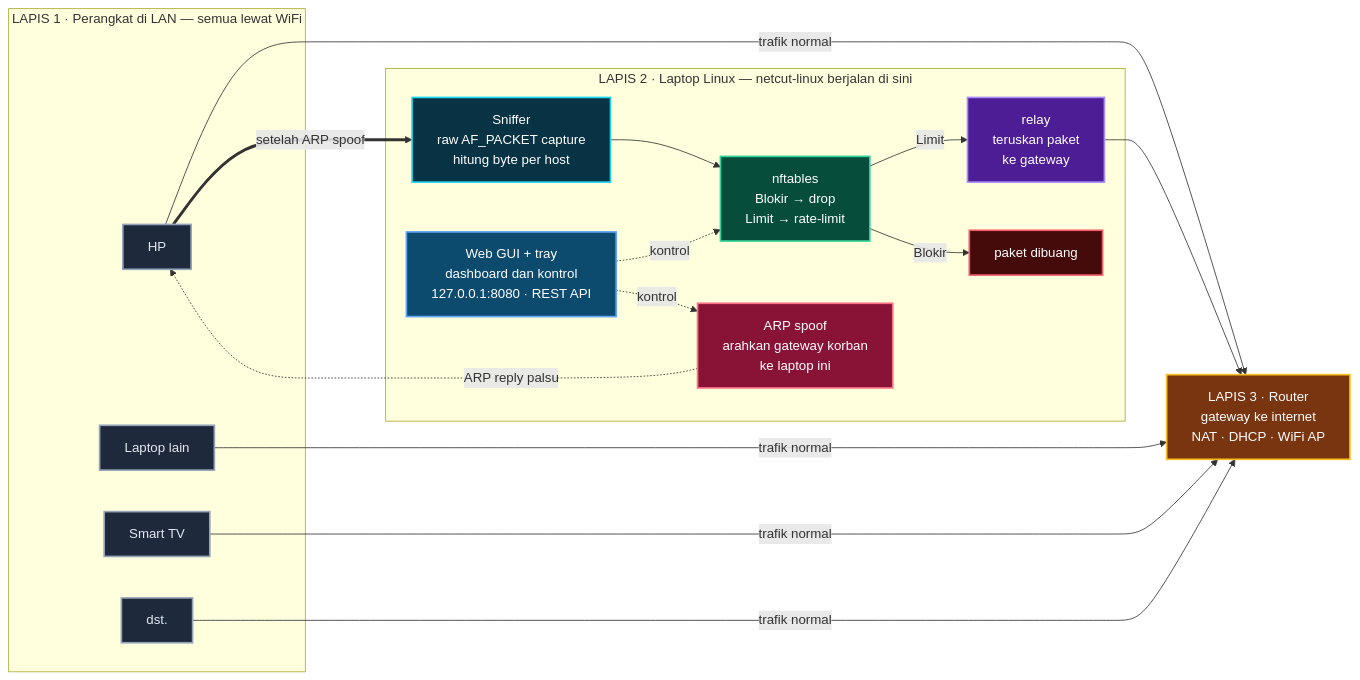
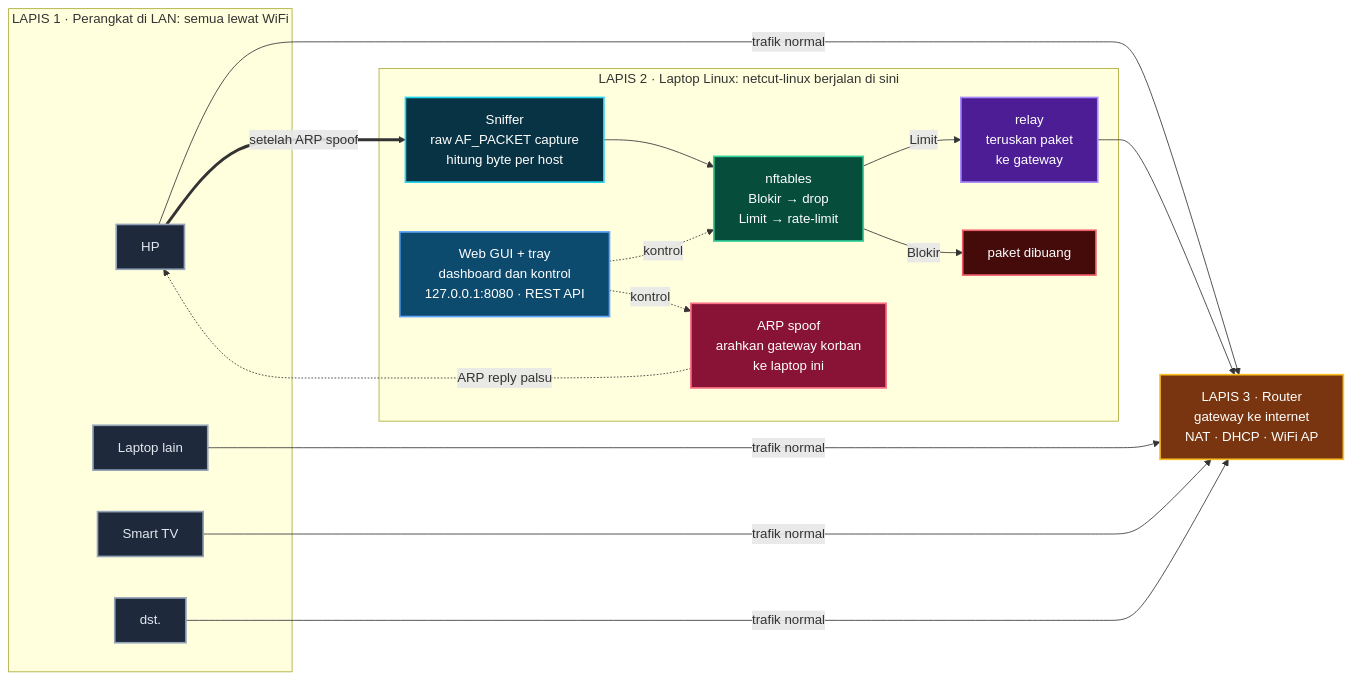
Before and after one commit to Aryoksss/netcut-linux: the diagram in README.id.md, drawn with Mermaid. The commit also changed other lines of this file and 12 other files, not shown here.

````diff
--- a/README.id.md
+++ b/README.id.md
@@ -323,56 +323,56 @@
 ```mermaid
 flowchart LR
-    subgraph LAN["LAPIS 1 · Perangkat di LAN — semua lewat WiFi"]
+    subgraph LAN["LAPIS 1 · Perangkat di LAN: semua lewat WiFi"]
         HP["HP"]
         LAP["Laptop lain"]
         TV["Smart TV"]
         DST["dst."]
     end
 
-    subgraph BOX["LAPIS 2 · Laptop Linux — netcut-linux berjalan di sini"]
+    subgraph BOX["LAPIS 2 · Laptop Linux: netcut-linux berjalan di sini"]
         SPOOF["ARP spoof<br/>arahkan gateway korban<br/>ke laptop ini"]
         SNIF["Sniffer<br/>raw AF_PACKET capture<br/>hitung byte per host"]
         NFT["nftables<br/>Blokir → drop<br/>Limit → rate-limit"]
         RELAY["relay<br/>teruskan paket<br/>ke gateway"]
         GUI["Web GUI + tray<br/>dashboard dan kontrol<br/>127.0.0.1:8080 · REST API"]
         DROP["paket dibuang"]
     end
 
     RTR["LAPIS 3 · Router<br/>gateway ke internet<br/>NAT · DHCP · WiFi AP"]
 
     LAN ~~~ BOX
     BOX ~~~ RTR
 
     HP -->|"trafik normal"| RTR
     LAP -->|"trafik normal"| RTR
     TV -->|"trafik normal"| RTR
     DST -->|"trafik normal"| RTR
 
     SPOOF -.->|"ARP reply palsu"| HP
     HP ==>|"setelah ARP spoof"| SNIF
     SNIF --> NFT
     NFT -->|"Limit"| RELAY
     NFT -->|"Blokir"| DROP
     RELAY --> RTR
 
     GUI -.->|"kontrol"| NFT
     GUI -.->|"kontrol"| SPOOF
 
     classDef device fill:#1e293b,stroke:#94a3b8,stroke-width:2px,color:#e2e8f0
     classDef spoof fill:#881337,stroke:#fb7185,stroke-width:2px,color:#fff
     classDef sniff fill:#083344,stroke:#22d3ee,stroke-width:2px,color:#fff
     classDef nft fill:#064e3b,stroke:#34d399,stroke-width:2px,color:#fff
     classDef relay fill:#4c1d95,stroke:#a78bfa,stroke-width:2px,color:#fff
     classDef gui fill:#0c4a6e,stroke:#60a5fa,stroke-width:2px,color:#fff
     classDef router fill:#78350f,stroke:#fbbf24,stroke-width:2px,color:#fff
     classDef drop fill:#450a0a,stroke:#ef5f6b,stroke-width:2px,color:#fff
 
     class HP,LAP,TV,DST device
     class SPOOF spoof
     class SNIF sniff
     class NFT nft
     class RELAY relay
     class GUI gui
     class RTR router
     class DROP drop
 ```
````
